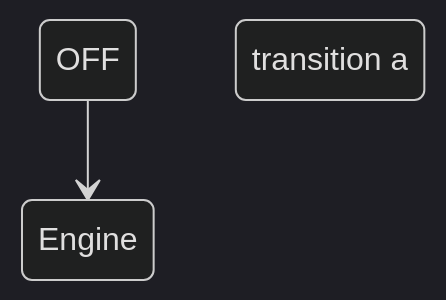
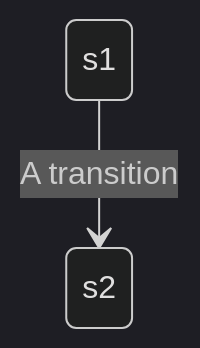
The diagram in README.md (kirolossedra/Vehicle-Control-System), drawn with Mermaid (dark theme) before and after one commit.

````diff
--- a/README.md
+++ b/README.md
@@ -10,4 +10,4 @@
 ```mermaid
 stateDiagram-v2
-    Engine OFF --> Engine ON: transition a
+    s1 --> s2: A transition
 ```
````
